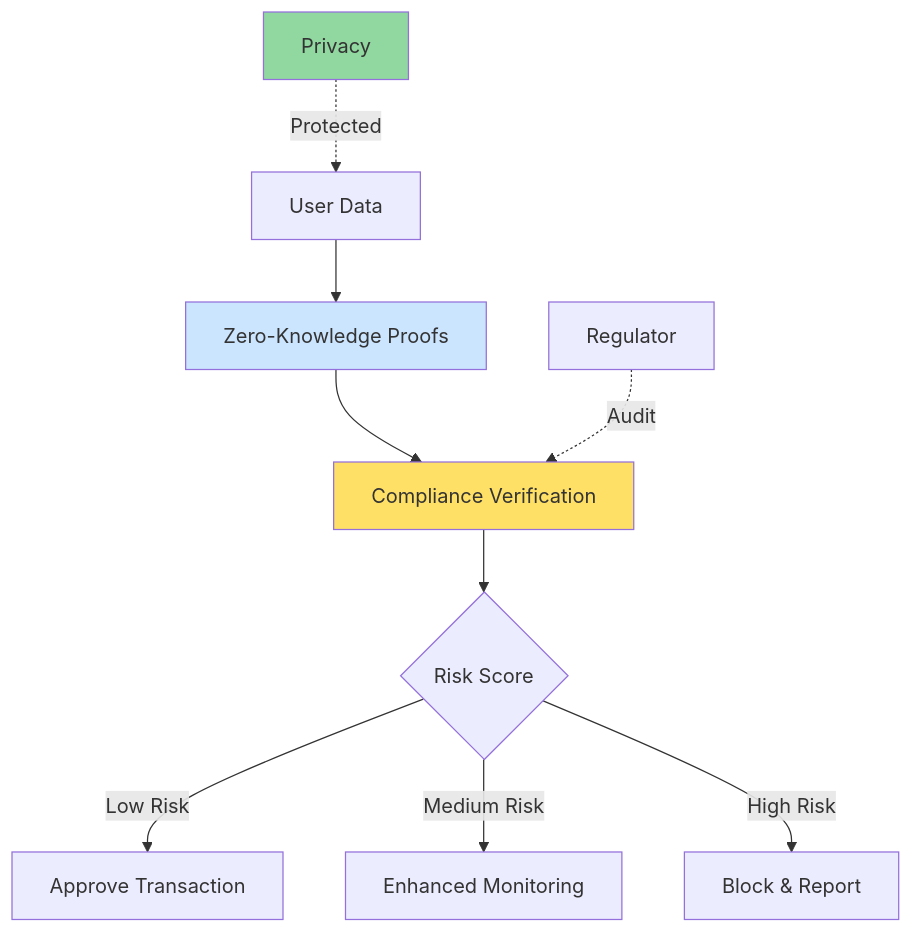
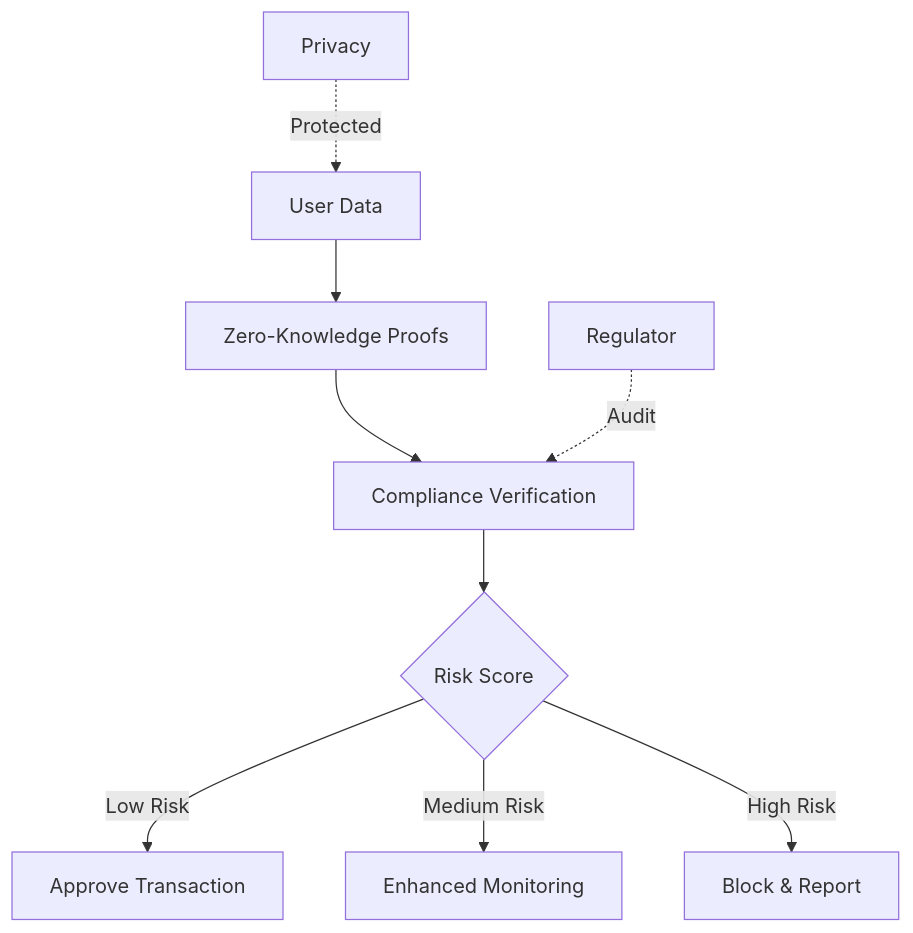
Before and after one commit to ljg-cqu/knowledge: diagram 15 of 23 in Industry/Blockchain/Blockchain/ValueChain/QA_MistralAI.md, drawn with Mermaid. The commit also changed other lines of this file, not shown here.

Commit message:
Enhance value chain analysis in QA_MistralAI.md by refining flow diagrams and adding key characteristics. Improved clarity on capital cycles, fee flows, and governance mechanisms to better illustrate stakeholder interactions and regulatory impacts.

````diff
--- a/Industry/Blockchain/Blockchain/ValueChain/QA_MistralAI.md
+++ b/Industry/Blockchain/Blockchain/ValueChain/QA_MistralAI.md
@@ -1128,17 +1117,14 @@
 ```mermaid
 graph TD
     A[User Data] --> B[Zero-Knowledge Proofs]
     B --> C[Compliance Verification]
     C --> D{Risk Score}
     
     D -->|Low Risk| E[Approve Transaction]
     D -->|Medium Risk| F[Enhanced Monitoring]
     D -->|High Risk| G[Block & Report]
     
     H[Regulator] -.->|Audit| C
     I[Privacy] -.->|Protected| A
     
-    style B fill:#cce5ff
-    style C fill:#ffe066
-    style I fill:#90d7a0
 ```
````
